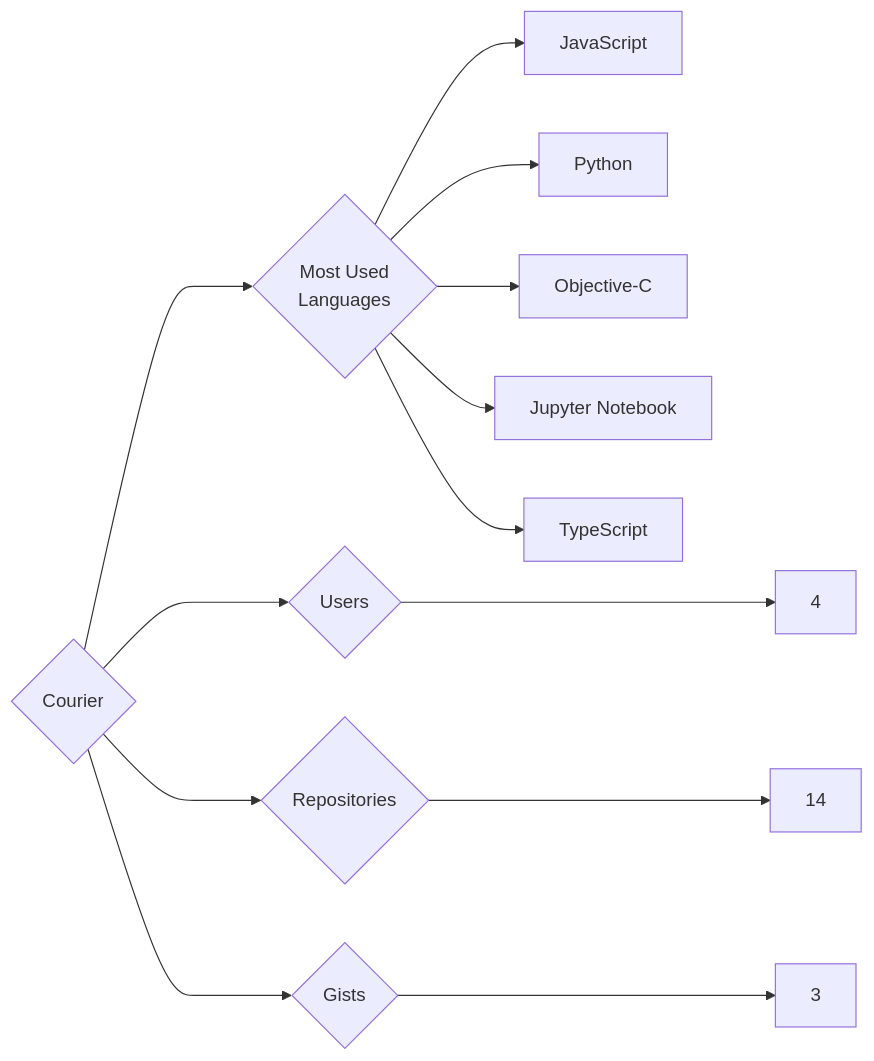
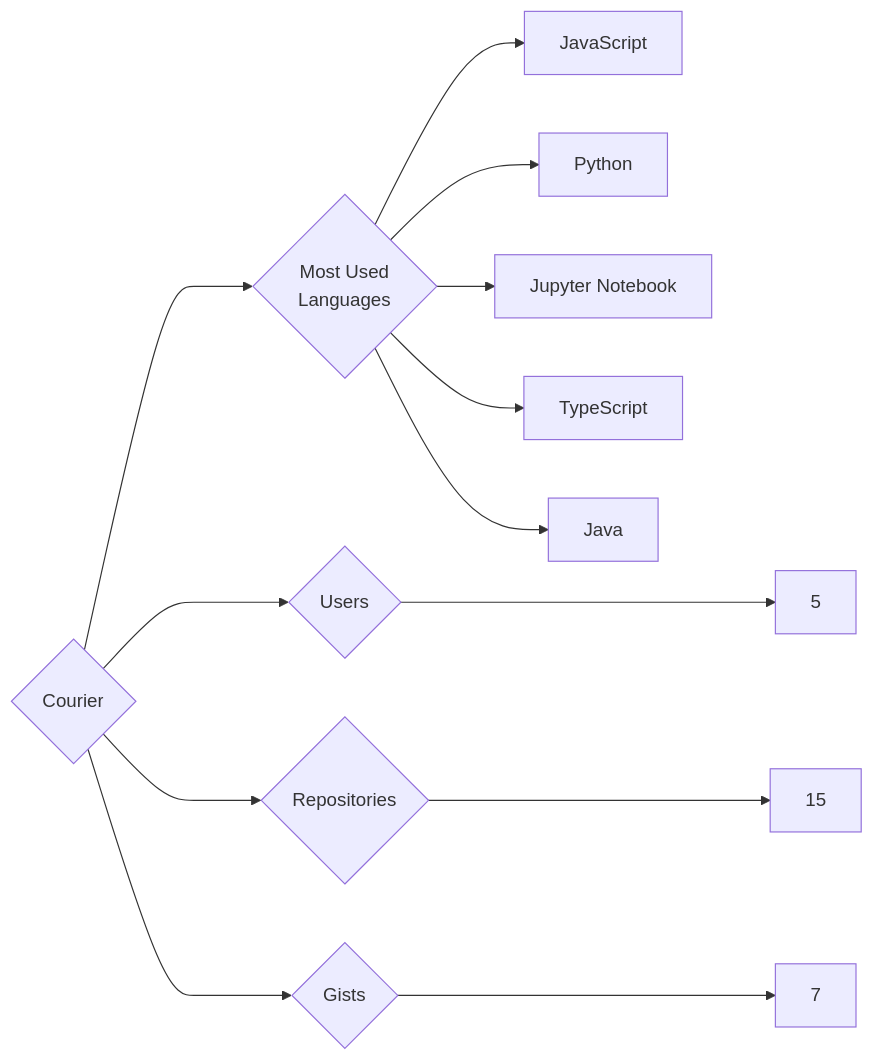
One commit to trickest/insiders changed the diagram in targets/Courier/README.md. Above: the diagram before and after it, drawn with Mermaid. The commit also changed 1055 other files, not shown here.

````diff
--- a/targets/Courier/README.md
+++ b/targets/Courier/README.md
@@ -3,13 +3,13 @@
 ```mermaid
 graph LR
 COMPANY_NAME{Courier}
-COMPANY_NAME ---> U{Users} ---> UN[4]
-COMPANY_NAME ---> R{Repositories} ---> RN[14]
-COMPANY_NAME ---> G{Gists} ---> GN[3]
+COMPANY_NAME ---> U{Users} ---> UN[5]
+COMPANY_NAME ---> R{Repositories} ---> RN[15]
+COMPANY_NAME ---> G{Gists} ---> GN[7]
 COMPANY_NAME ---> ML{Most Used<br>Languages}
 ML --> JavaScript[JavaScript]
 ML --> Python[Python]
-ML --> Objective-C[Objective-C]
 ML --> Jupyter_Notebook[Jupyter Notebook]
 ML --> TypeScript[TypeScript]
+ML --> Java[Java]
 ```
````
